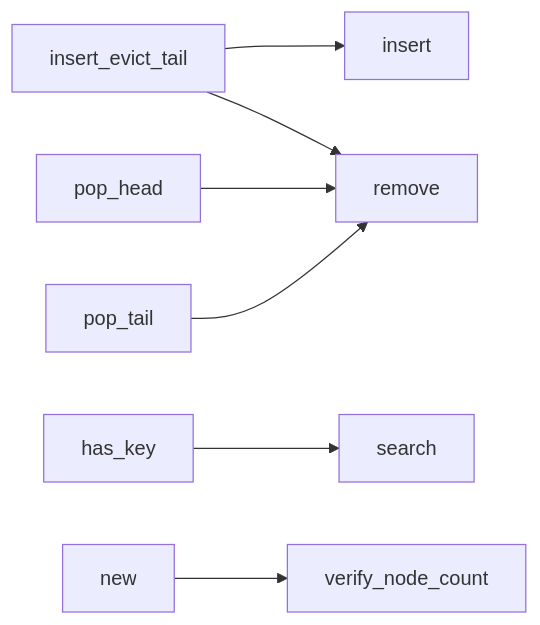
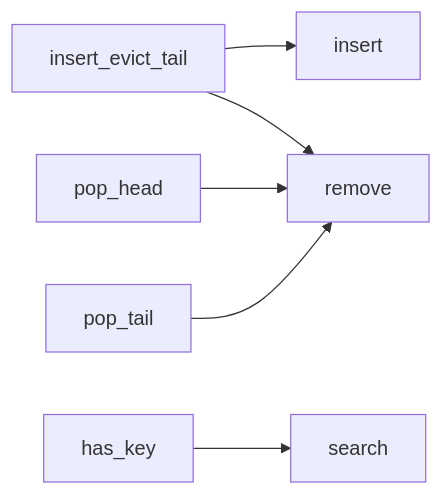
Before and after one commit to econia-labs/econia: the fourth of 4 diagrams in src/move/econia/build/Econia/docs/avl_queue.md, drawn with Mermaid. The commit also changed other lines of this file and 1 other file, not shown here.

Commit message:
Inline node count verification

````diff
--- a/src/move/econia/build/Econia/docs/avl_queue.md
+++ b/src/move/econia/build/Econia/docs/avl_queue.md
@@ -683,16 +680,14 @@
 ```mermaid
 
 flowchart LR
 
 insert_evict_tail --> insert
 insert_evict_tail --> remove
 
 has_key --> search
 
-new --> verify_node_count
-
 pop_head --> remove
 
 pop_tail --> remove
 
 ```
````
